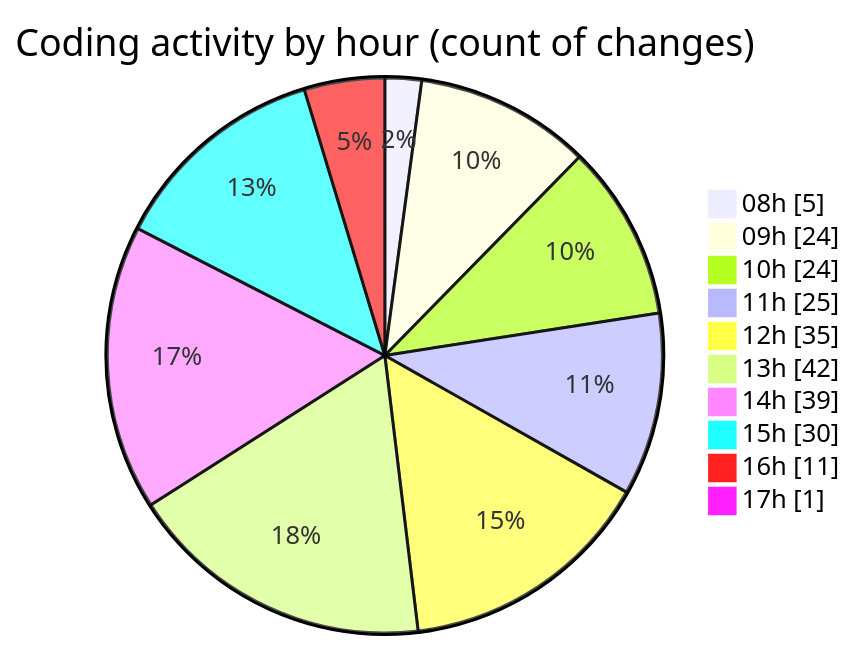
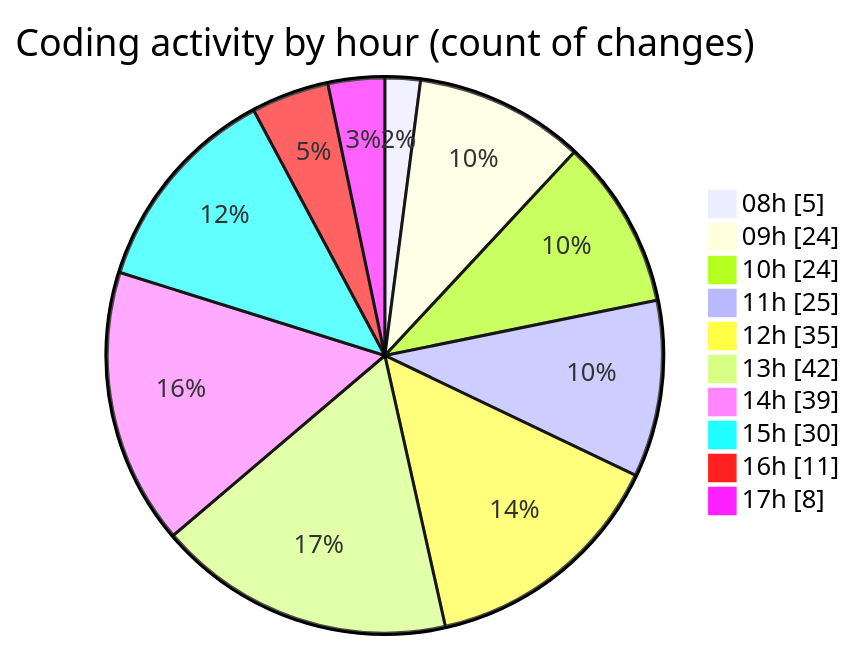
One commit to momahboobian/code-tracking changed the second of 2 diagrams in 2025-11-24/cda/README.md. Above: the diagram before and after it, drawn with Mermaid. The commit also changed other lines of this file and 1 other file, not shown here.

````diff
--- a/2025-11-24/cda/README.md
+++ b/2025-11-24/cda/README.md
@@ -46,14 +46,14 @@
 ```mermaid
 pie showData
 title Coding activity by hour (count of changes)
 "08h" : 5
 "09h" : 24
 "10h" : 24
 "11h" : 25
 "12h" : 35
 "13h" : 42
 "14h" : 39
 "15h" : 30
 "16h" : 11
-"17h" : 1
+"17h" : 8
 ```
````
